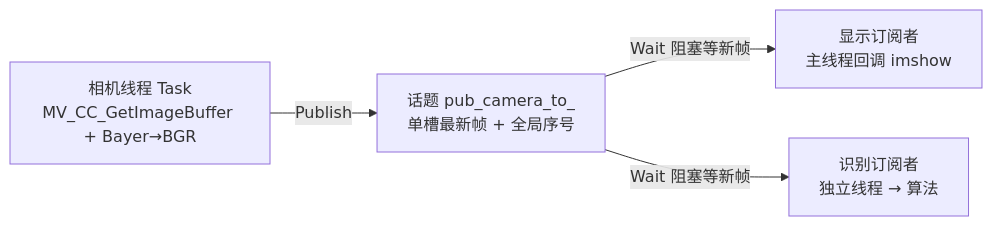
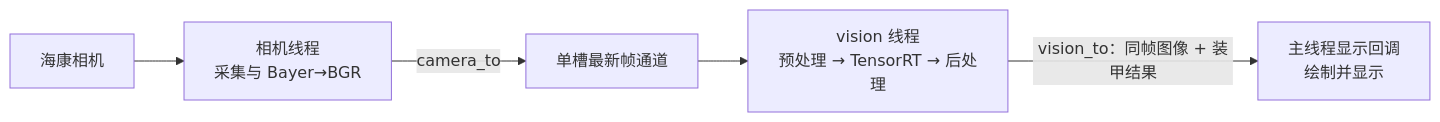
One commit to qingyu0310/Dust_Linux_Architecture changed the diagram in README.md. Above: the diagram before and after it, drawn with Mermaid. The commit also changed other lines of this file, not shown here.

````diff
--- a/README.md
+++ b/README.md
@@ -20,6 +20,7 @@
 ```mermaid
 flowchart LR
-    A[相机线程 Task<br/>MV_CC_GetImageBuffer + Bayer→BGR] -->|Publish| B[话题 pub_camera_to_<br/>单槽最新帧 + 全局序号]
-    B -->|Wait 阻塞等新帧| C[显示订阅者<br/>主线程回调 imshow]
-    B -->|Wait 阻塞等新帧| D[识别订阅者<br/>独立线程 → 算法]
+    A[海康相机] --> B[相机线程<br/>采集与 Bayer→BGR]
+    B -->|camera_to| C[单槽最新帧通道]
+    C --> D[vision 线程<br/>预处理 → TensorRT → 后处理]
+    D -->|vision_to：同帧图像 + 装甲结果| E[主线程显示回调<br/>绘制并显示]
 ```
````
